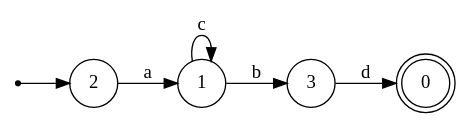
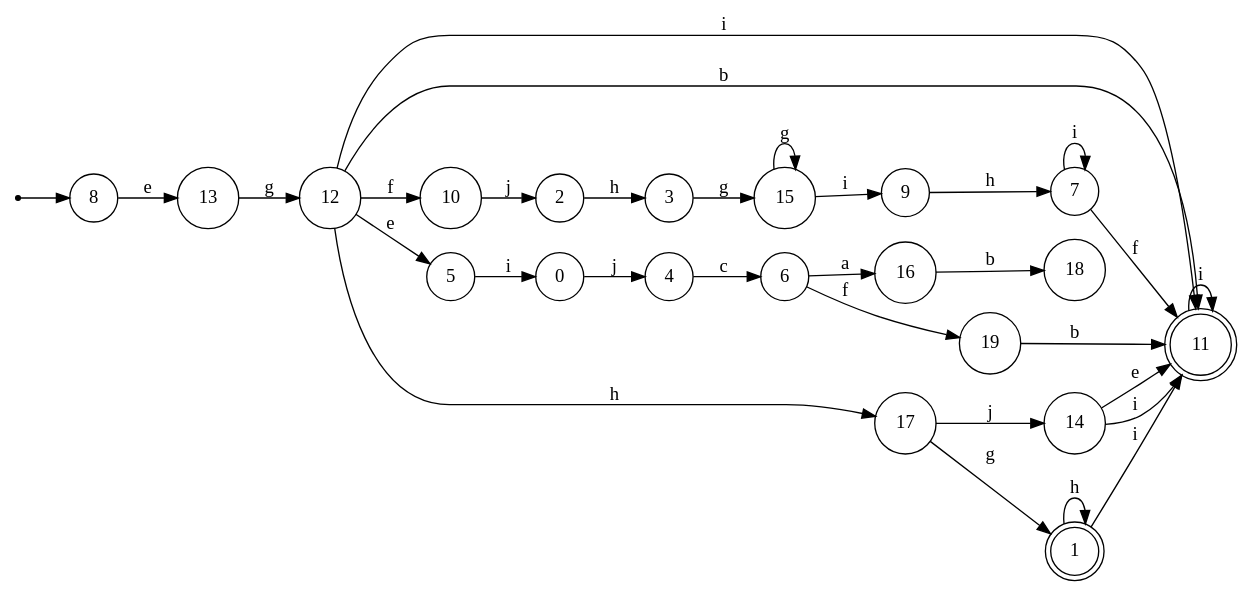
The diagram in minimized/right_left.gv (LeonardoDeFaveri/NFA-minimization), drawn with Graphviz before and after one commit. The commit also changed 17 other files, not shown here.

```diff
--- a/minimized/right_left.gv
+++ b/minimized/right_left.gv
@@ -1,14 +1,55 @@
 digraph {
 	rankdir = LR;
 	size = "30,20";
 	node [shape = point]; "dummy0"
-	node [shape = circle]; "2"
-	"dummy0" -> "2";
+	node [shape = circle]; "8"
+	"dummy0" -> "8";
+	node [shape = circle]; "18";
+	node [shape = circle]; "2";
+	node [shape = circle]; "4";
+	node [shape = doublecircle]; "11";
+	node [shape = circle]; "6";
+	node [shape = circle]; "10";
+	node [shape = circle]; "14";
+	node [shape = circle]; "5";
+	node [shape = circle]; "15";
+	node [shape = circle]; "7";
+	node [shape = circle]; "9";
+	node [shape = circle]; "16";
+	node [shape = circle]; "17";
+	node [shape = circle]; "19";
+	node [shape = circle]; "12";
+	node [shape = circle]; "13";
+	node [shape = circle]; "0";
+	node [shape = doublecircle]; "1";
 	node [shape = circle]; "3";
-	node [shape = doublecircle]; "0";
-	node [shape = circle]; "1";
-	"3" -> "0" [label = "d"];
-	"2" -> "1" [label = "a"];
-	"1" -> "3" [label = "b"];
-	"1" -> "1" [label = "c"];
+	"6" -> "19" [label = "f"];
+	"6" -> "16" [label = "a"];
+	"12" -> "11" [label = "i"];
+	"12" -> "11" [label = "b"];
+	"12" -> "17" [label = "h"];
+	"12" -> "5" [label = "e"];
+	"12" -> "10" [label = "f"];
+	"15" -> "15" [label = "g"];
+	"15" -> "9" [label = "i"];
+	"11" -> "11" [label = "i"];
+	"7" -> "7" [label = "i"];
+	"7" -> "11" [label = "f"];
+	"2" -> "3" [label = "h"];
+	"16" -> "18" [label = "b"];
+	"9" -> "7" [label = "h"];
+	"17" -> "14" [label = "j"];
+	"17" -> "1" [label = "g"];
+	"10" -> "2" [label = "j"];
+	"4" -> "6" [label = "c"];
+	"0" -> "4" [label = "j"];
+	"5" -> "0" [label = "i"];
+	"19" -> "11" [label = "b"];
+	"3" -> "15" [label = "g"];
+	"8" -> "13" [label = "e"];
+	"14" -> "11" [label = "e"];
+	"14" -> "11" [label = "i"];
+	"13" -> "12" [label = "g"];
+	"1" -> "1" [label = "h"];
+	"1" -> "11" [label = "i"];
 }
```
